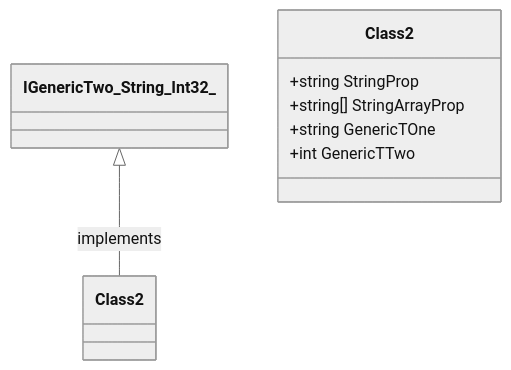
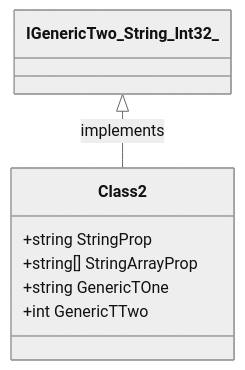
One commit to erichiller/gh-action-cs-metrics changed the second of 7 diagrams in test/SampleProject/CODE_METRICS.md. Above: the diagram before and after it, drawn with Mermaid (neutral theme). The commit also changed other lines of this file, not shown here.

````diff
--- a/test/SampleProject/CODE_METRICS.md
+++ b/test/SampleProject/CODE_METRICS.md
@@ -217,14 +217,14 @@
 ```mermaid
 %%{init: {
     'fontFamily': 'monospace'
 } }%%
 classDiagram
-IGenericTwo_String_Int32_ <|-- Class2 : implements
-class SomeRoot.SampleProject.Class2 ["Class2"] {
+IGenericTwo_String_Int32_ <|-- SomeRoot_SampleProject_Class2 : implements
+class SomeRoot_SampleProject_Class2 ["Class2"] {
     +string StringProp
     +string[] StringArrayProp
     +string GenericTOne
     +int GenericTTwo
 }
 
 ```
````
